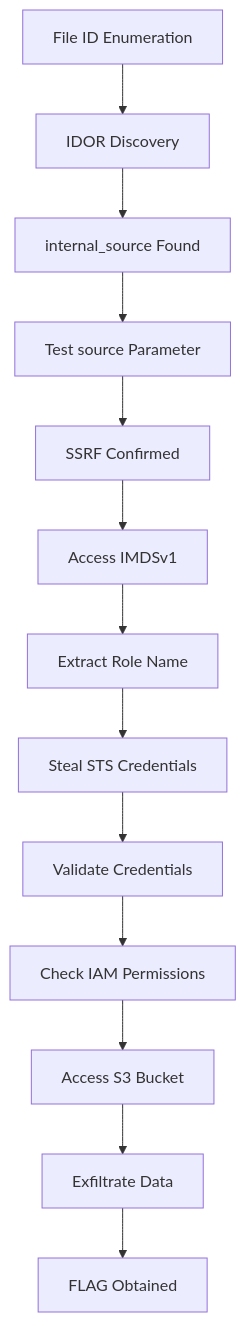
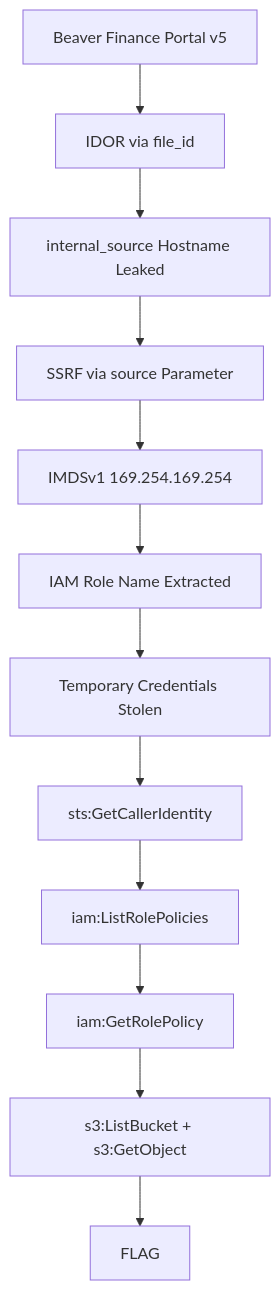
One commit to Beaver-Dam-Community/GnawLab changed the diagram in scenarios/aws/02-shadow-api/legacy-bridge/README.md. Above: the diagram before and after it, drawn with Mermaid. The commit also changed other lines of this file and 7 other files, not shown here.

````diff
--- a/scenarios/aws/02-shadow-api/legacy-bridge/README.md
+++ b/scenarios/aws/02-shadow-api/legacy-bridge/README.md
@@ -57,15 +57,14 @@
 ```mermaid
 flowchart TB
-    A[File ID Enumeration] --> B[IDOR Discovery]
-    B --> C[internal_source Found]
-    C --> D[Test source Parameter]
-    D --> E[SSRF Confirmed]
-    E --> F[Access IMDSv1]
-    F --> G[Extract Role Name]
-    G --> H[Steal STS Credentials]
-    H --> I[Validate Credentials]
-    I --> J[Check IAM Permissions]
-    J --> K[Access S3 Bucket]
-    K --> L[Exfiltrate Data]
-    L --> M[FLAG Obtained]
+    A[Beaver Finance Portal v5] --> B[IDOR via file_id]
+    B --> C[internal_source Hostname Leaked]
+    C --> D[SSRF via source Parameter]
+    D --> E[IMDSv1 169.254.169.254]
+    E --> F[IAM Role Name Extracted]
+    F --> G[Temporary Credentials Stolen]
+    G --> H[sts:GetCallerIdentity]
+    H --> I[iam:ListRolePolicies]
+    I --> J[iam:GetRolePolicy]
+    J --> K[s3:ListBucket + s3:GetObject]
+    K --> L[FLAG]
 ```
````
